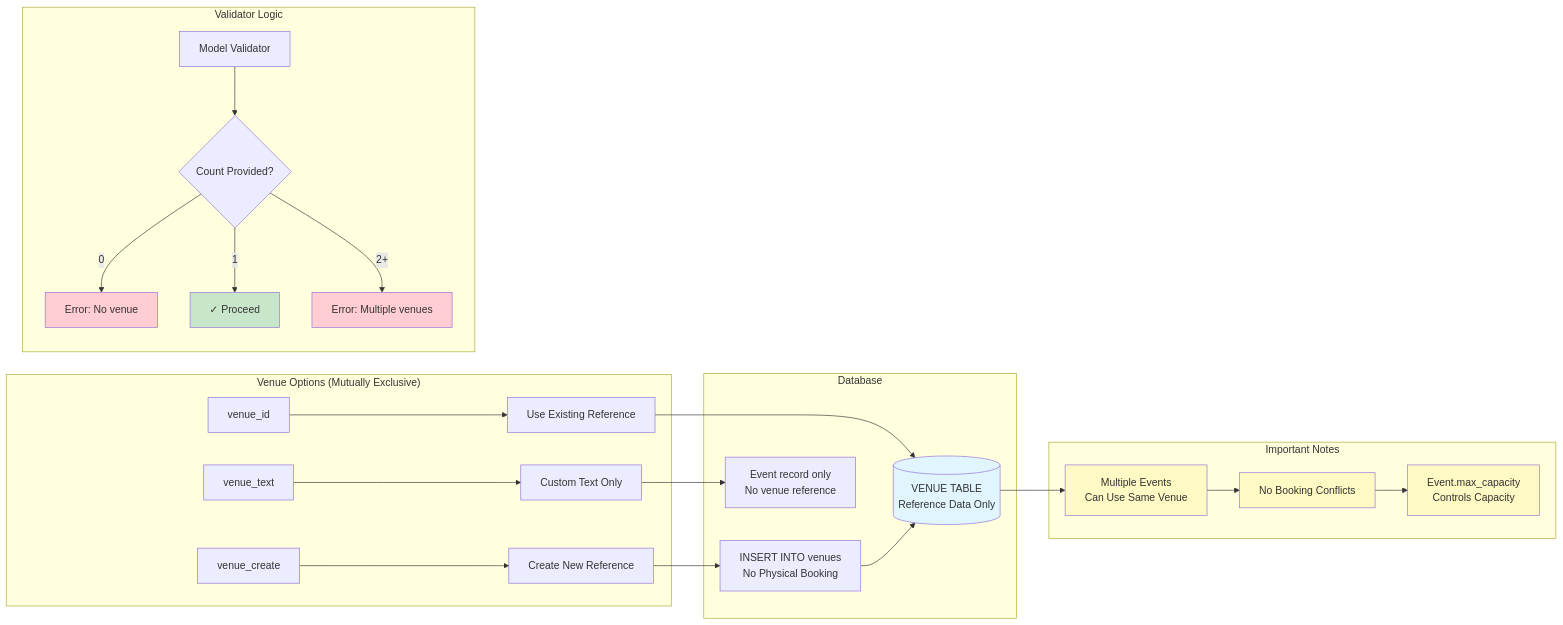
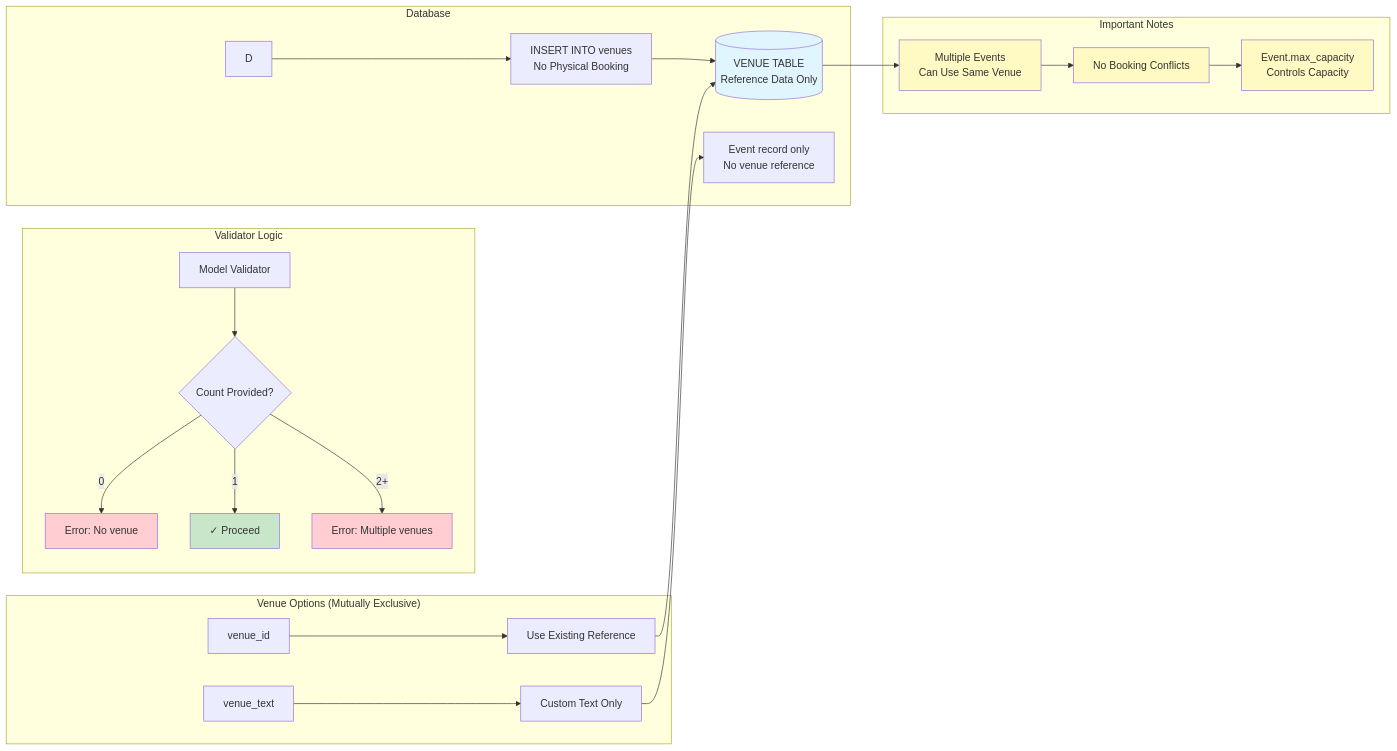
The eighth of 16 diagrams in events/docs/README.md (LOOPINX-CIRCLE/LoopinBackend), drawn with Mermaid before and after one commit. The commit also changed other lines of this file and 2 other files, not shown here.

````diff
--- a/events/docs/README.md
+++ b/events/docs/README.md
@@ -514,40 +503,39 @@
 ```mermaid
 graph LR
     subgraph "Venue Options (Mutually Exclusive)"
         A[venue_id] --> B[Use Existing Reference]
-        C[venue_create] --> D[Create New Reference]
         E[venue_text] --> F[Custom Text Only]
     end
     
     subgraph "Validator Logic"
         G[Model Validator] --> H{Count Provided?}
         H -->|0| I[Error: No venue]
         H -->|1| J[✓ Proceed]
         H -->|2+| K[Error: Multiple venues]
     end
     
     subgraph "Database"
         B --> L[(VENUE TABLE<br/>Reference Data Only)]
         D --> M[INSERT INTO venues<br/>No Physical Booking]
         M --> L
         F --> N[Event record only<br/>No venue reference]
     end
     
     subgraph "Important Notes"
         O[Multiple Events<br/>Can Use Same Venue]
         P[No Booking Conflicts]
         Q[Event.max_capacity<br/>Controls Capacity]
     end
     
     L --> O
     O --> P
     P --> Q
     
     style I fill:#ffcdd2
     style K fill:#ffcdd2
     style J fill:#c8e6c9
     style L fill:#e1f5fe
     style O fill:#fff9c4
     style P fill:#fff9c4
     style Q fill:#fff9c4
 ```
````
